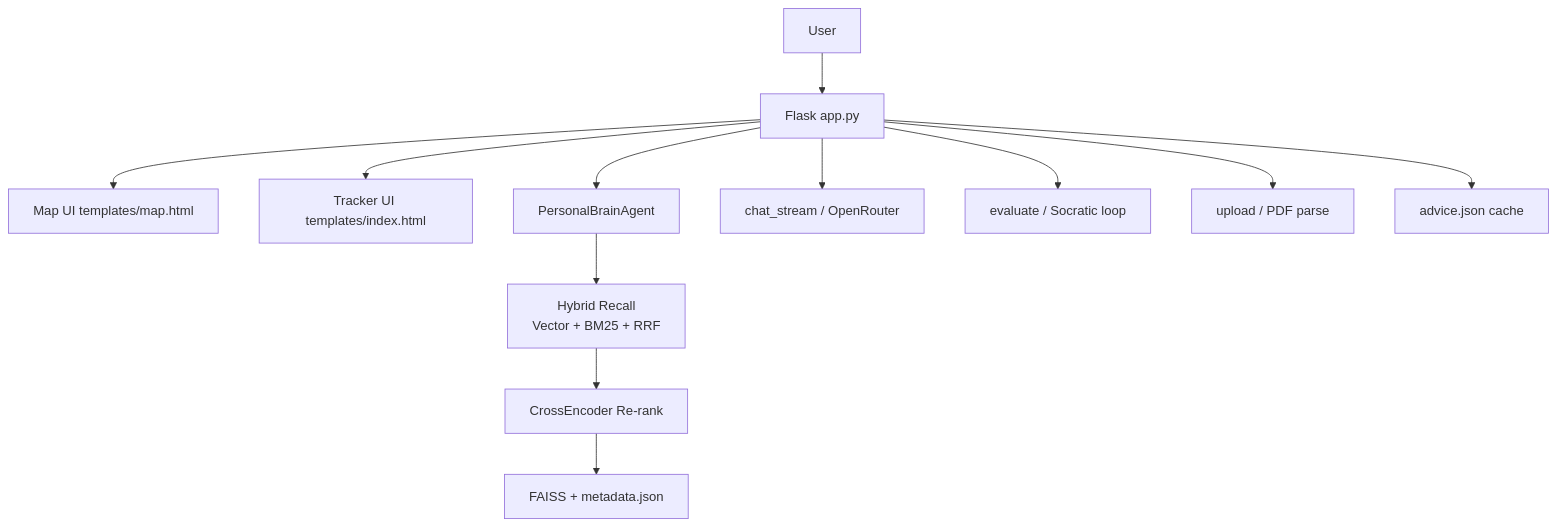
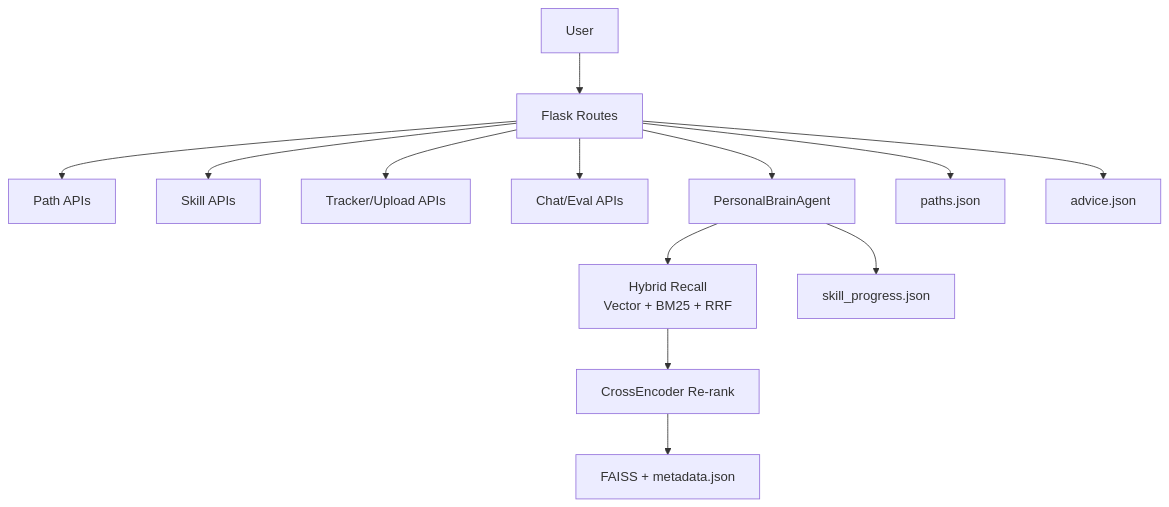
Before and after one commit to JohnnyCannotDecide/Personal-Learning-Agent: the second of 2 diagrams in README.md, drawn with Mermaid. The commit also changed other lines of this file and 14 other files, not shown here.

````diff
--- a/README.md
+++ b/README.md
@@ -118,14 +138,15 @@
 ```mermaid
 graph TD
-    U[User] --> F[Flask app.py]
-    F --> M[Map UI templates/map.html]
-    F --> T[Tracker UI templates/index.html]
+    U[User] --> F[Flask Routes]
+    F --> P1[Path APIs]
+    F --> P2[Skill APIs]
+    F --> P3[Tracker/Upload APIs]
+    F --> P4[Chat/Eval APIs]
     F --> A[PersonalBrainAgent]
     A --> H[Hybrid Recall\nVector + BM25 + RRF]
     H --> R[CrossEncoder Re-rank]
     R --> V[FAISS + metadata.json]
-    F --> C[chat_stream / OpenRouter]
-    F --> E[evaluate / Socratic loop]
-    F --> P[upload / PDF parse]
-    F --> S[advice.json cache]
+    A --> S1[skill_progress.json]
+    F --> S2[paths.json]
+    F --> S3[advice.json]
 ```
````
